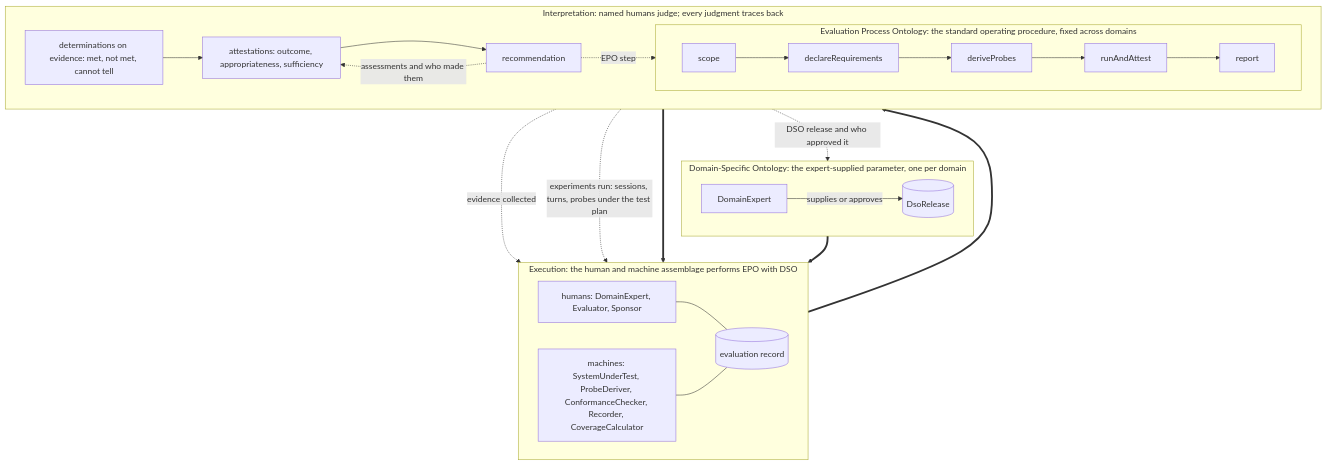
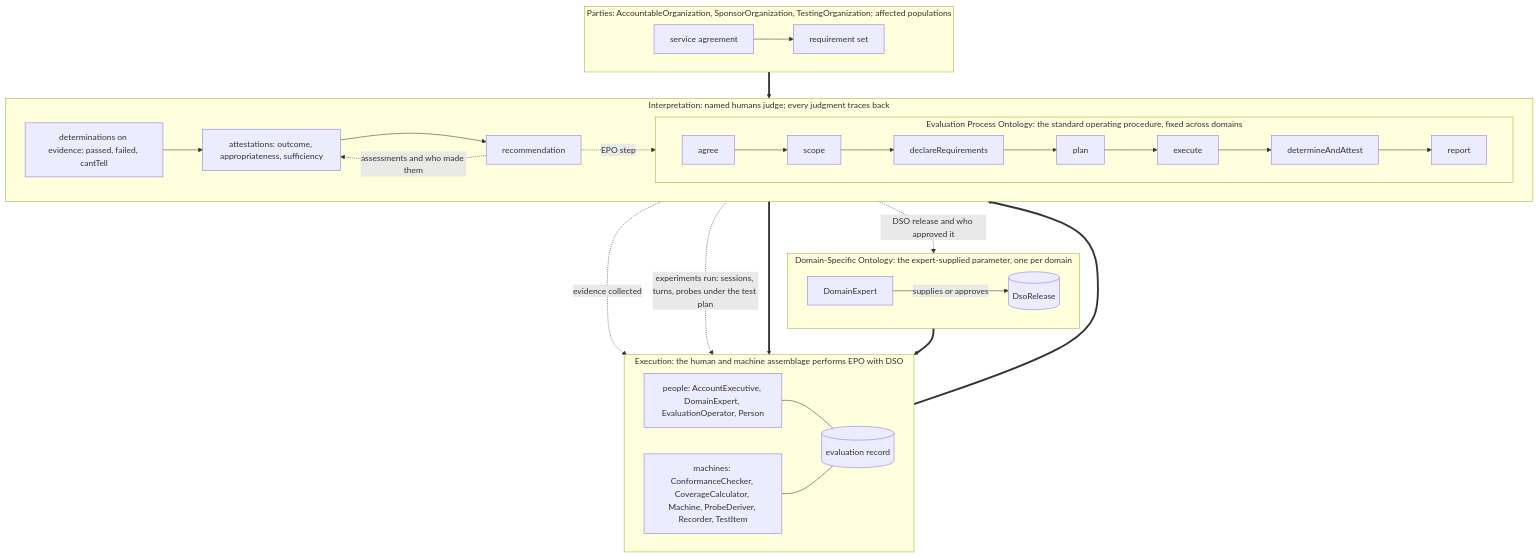
One commit to DynamicalSystemsGroup/og-caie-spec changed the diagram in generated/layers.md. Above: the diagram before and after it, drawn with Mermaid. The commit also changed 27 other files, not shown here.

````diff
--- a/generated/layers.md
+++ b/generated/layers.md
@@ -3,31 +3,36 @@
 ```{mermaid}
 flowchart TB
+  subgraph PARTIES["Parties: AccountableOrganization, SponsorOrganization, TestingOrganization; affected populations"]
+    direction LR
+    agree[service agreement] --> reqs[requirement set]
+  end
   subgraph EPO["Evaluation Process Ontology: the standard operating procedure, fixed across domains"]
     direction LR
-    s0[scope] --> s1[declareRequirements] --> s2[deriveProbes] --> s3[runAndAttest] --> s4[report]
+    s0[agree] --> s1[scope] --> s2[declareRequirements] --> s3[plan] --> s4[execute] --> s5[determineAndAttest] --> s6[report]
   end
   subgraph DSO["Domain-Specific Ontology: the expert-supplied parameter, one per domain"]
     direction LR
     de[DomainExpert] -- supplies or approves --> dso[(DsoRelease)]
   end
   subgraph EXEC["Execution: the human and machine assemblage performs EPO with DSO"]
     direction LR
-    H["humans: DomainExpert, Evaluator, Sponsor"]
-    M["machines: SystemUnderTest, ProbeDeriver, ConformanceChecker, Recorder, CoverageCalculator"]
+    H["people: AccountExecutive, DomainExpert, EvaluationOperator, Person"]
+    M["machines: ConformanceChecker, CoverageCalculator, Machine, ProbeDeriver, Recorder, TestItem"]
     H --- rec[(evaluation record)]
     M --- rec
   end
   subgraph INTERP["Interpretation: named humans judge; every judgment traces back"]
     direction LR
-    det[determinations on evidence: met, not met, cannot tell] --> att[attestations: outcome, appropriateness, sufficiency]
+    det[determinations on evidence: passed, failed, cantTell] --> att[attestations: outcome, appropriateness, sufficiency]
     att --> recmd[recommendation]
     recmd -. evidence collected .-> rec
     recmd -. experiments run: sessions, turns, probes under the test plan .-> rec
     recmd -. assessments and who made them .-> att
     recmd -. DSO release and who approved it .-> dso
     recmd -. EPO step .-> EPO
   end
+  PARTIES ==> EPO
   EPO ==> EXEC
   DSO ==> EXEC
   EXEC ==> INTERP
 ```
````
